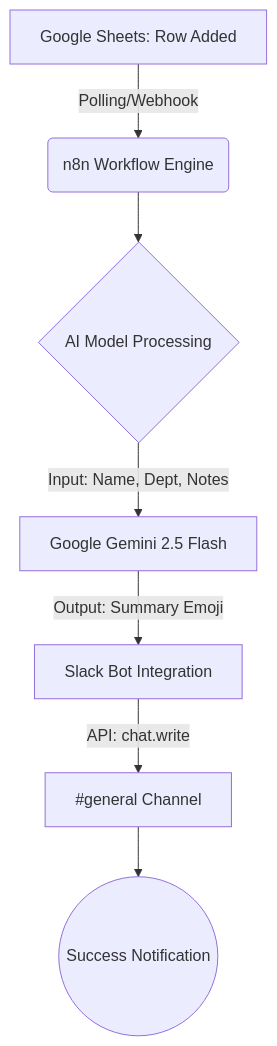
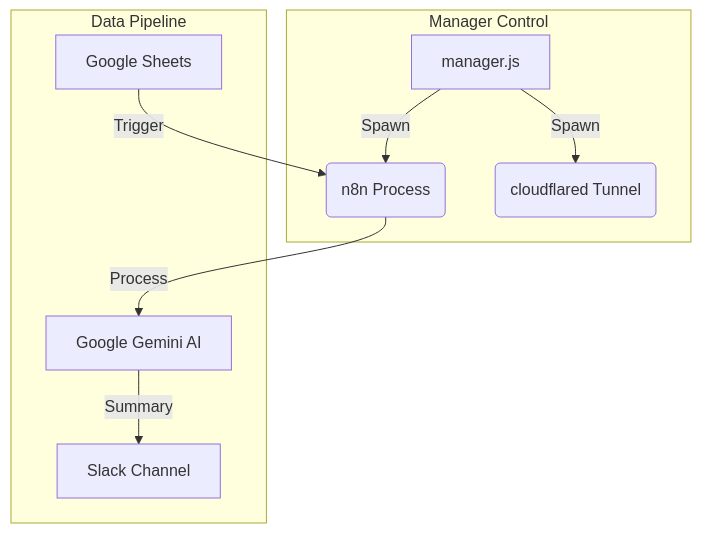
One commit to git2583/n8n-pm2 changed the diagram in README.md. Above: the diagram before and after it, drawn with Mermaid. The commit also changed other lines of this file and 1 other file, not shown here.

Commit message:
docs: update troubleshooting for Gemini 503 and Gmail trim errors

````diff
--- a/README.md
+++ b/README.md
@@ -28,9 +29,13 @@
 ```mermaid
 graph TD
-    A[Google Sheets: Row Added] -->|Polling/Webhook| B(n8n Workflow Engine)
-    B --> C{AI Model Processing}
-    C -->|Input: Name, Dept, Notes| D[Google Gemini 2.5 Flash]
-    D -->|Output: Summary Emoji| E[Slack Bot Integration]
-    E -->|API: chat.write| F[#general Channel]
-    F --> G((Success Notification))
+    subgraph Manager Control
+        M[manager.js] -->|Spawn| N(n8n Process)
+        M -->|Spawn| C(cloudflared Tunnel)
+    end
+    
+    subgraph Data Pipeline
+        S[Google Sheets] -->|Trigger| N
+        N -->|Process| G[Google Gemini AI]
+        G -->|Summary| SL[Slack Channel]
+    end
 ```
````
